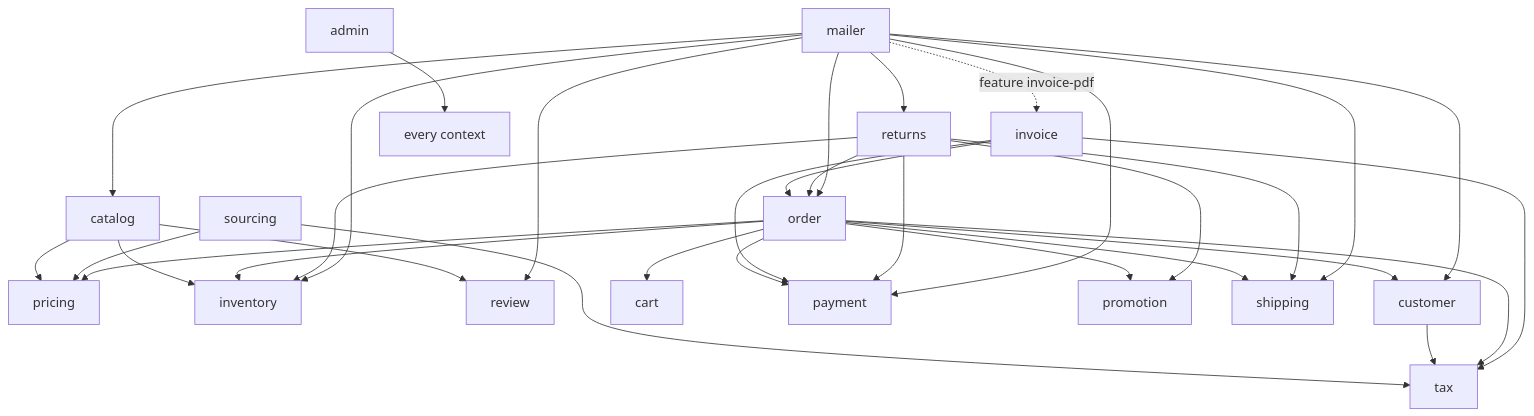
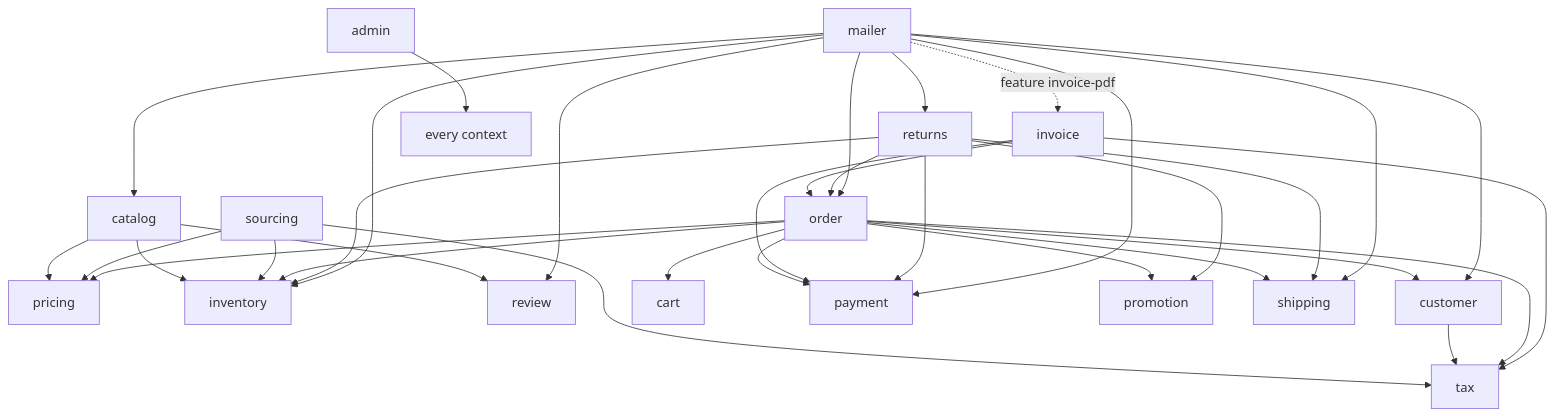
The first of 2 diagrams in docs/architecture.md (timayz/timada), drawn with Mermaid before and after one commit. The commit also changed other lines of this file and 30 other files, not shown here.

````diff
--- a/docs/architecture.md
+++ b/docs/architecture.md
@@ -33,12 +33,12 @@
 ```mermaid
 graph TD
     catalog --> pricing & inventory & review
-    sourcing --> pricing & tax
+    sourcing --> pricing & inventory & tax
     customer --> tax
     order --> cart & customer & inventory & payment & pricing & promotion & shipping & tax
     invoice --> order & payment & tax
     returns --> order & payment & inventory & promotion & shipping
     mailer --> order & payment & inventory & returns & review & customer & catalog & shipping
     mailer -. feature invoice-pdf .-> invoice
     admin --> everything[every context]
 ```
````
